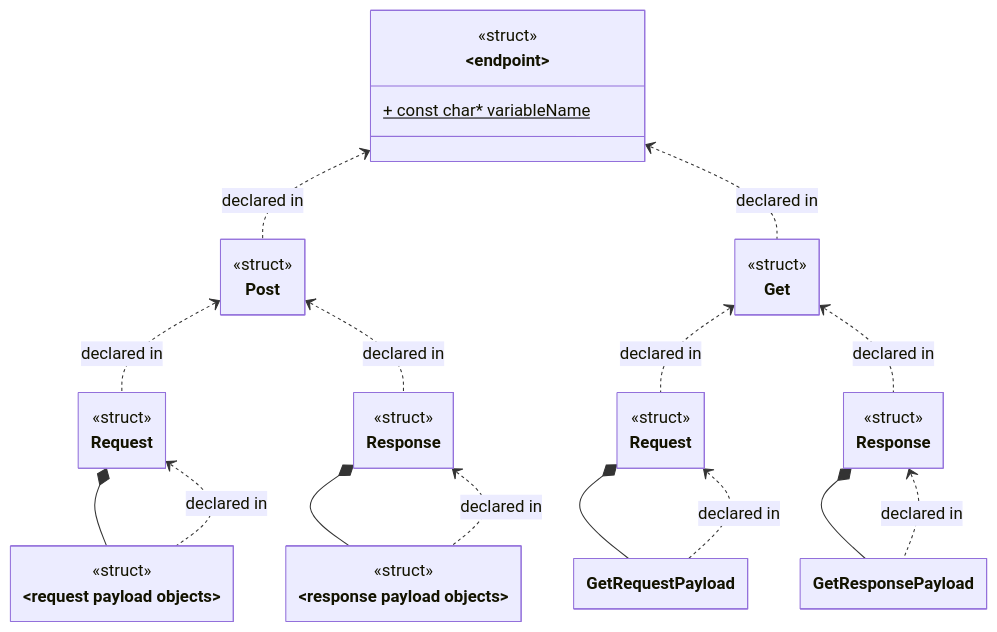
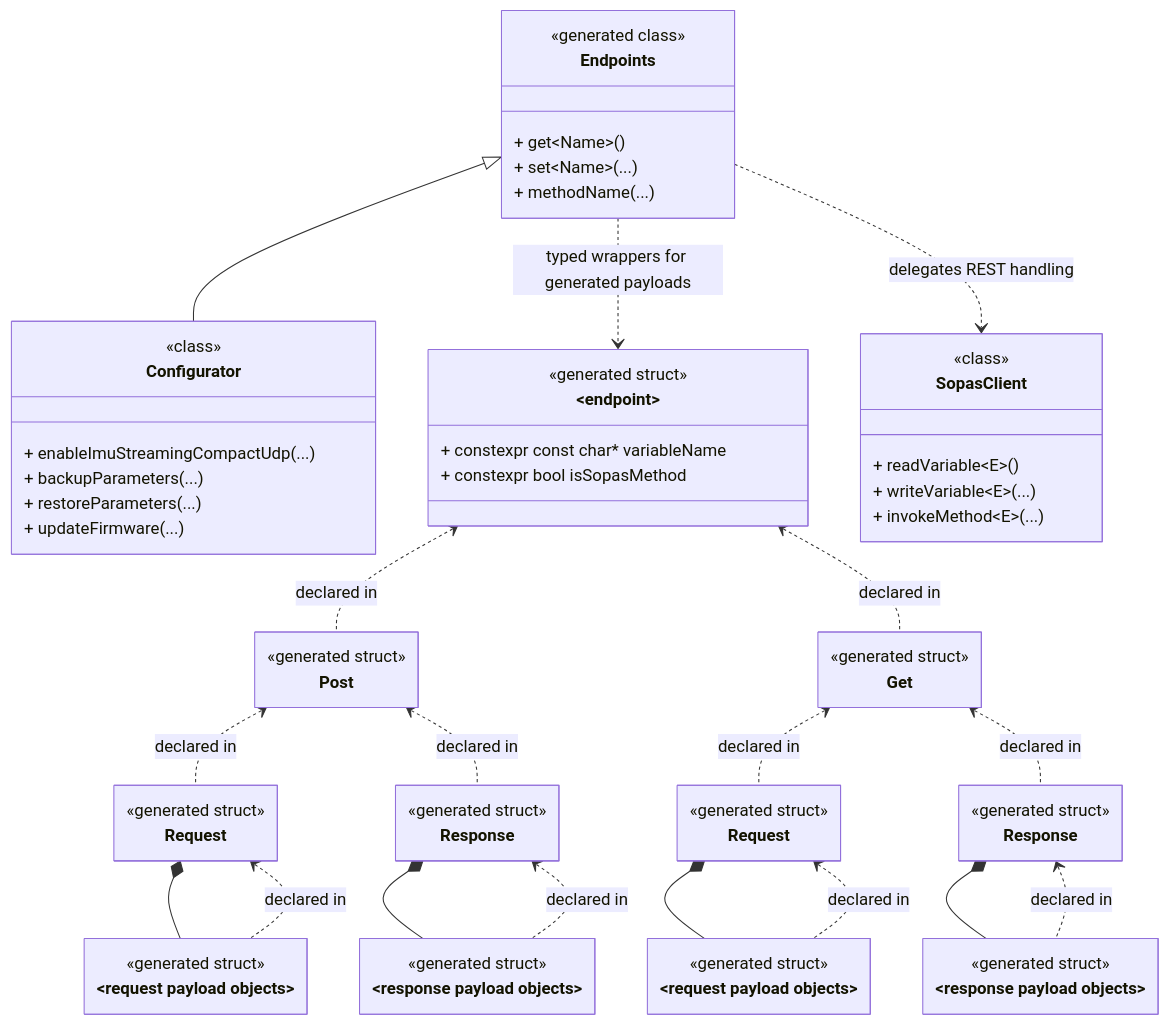
The third of 5 diagrams in README.md (SICKAG/sick_perception_sdk), drawn with Mermaid before and after one commit. The commit also changed other lines of this file and 2865 other files, not shown here.

````diff
--- a/README.md
+++ b/README.md
@@ -691,30 +621,67 @@
     hideEmptyMembersBox: true
 ---
 classDiagram
-  class Endpoint["&lt;endpoint&gt;"] {
-    + const char* variableName$
+  class Configurator {
+    <<class>>
+    + enableImuStreamingCompactUdp(...)
+    + backupParameters(...)
+    + restoreParameters(...)
+    + updateFirmware(...)
   }
 
-  class Post
-  class PostRequest["Request"]
-  class PostRequestPayload["&lt;request payload objects&gt;"]
-  class PostResponse["Response"]
-  class PostResponsePayload["&lt;response payload objects&gt;"]
+  class Endpoint["&lt;endpoint&gt;"] {
+    <<generated struct>>
+    + constexpr const char* variableName
+    + constexpr bool isSopasMethod
+  }
 
-  class Get
-  class GetRequest["Request"]
-  class GetResponse["Response"]
+  class Endpoints {
+    <<generated class>>
+    + get&lt;Name&gt;()
+    + set&lt;Name&gt;(...)
+    + methodName(...)
+  }
 
-  <<struct>> Endpoint
-  <<struct>> Post
-  <<struct>> PostRequest
-  <<struct>> PostRequestPayload
-  <<struct>> PostResponse
-  <<struct>> PostResponsePayload
-  <<struct>> Get
-  <<struct>> GetRequest
-  <<struct>> GetResponse
+  class SopasClient {
+    <<class>>
+    + readVariable&lt;E&gt;()
+    + writeVariable&lt;E&gt;(...)
+    + invokeMethod&lt;E&gt;(...)
+  }
 
+  class Post {
+    <<generated struct>>
+  }
+  class PostRequest["Request"] {
+    <<generated struct>>
+  }
+  class PostRequestPayload["&lt;request payload objects&gt;"] {
+    <<generated struct>>
+  }
+  class PostResponse["Response"] {
+    <<generated struct>>
+  }
+  class PostResponsePayload["&lt;response payload objects&gt;"] {
+    <<generated struct>>
+  }
+
+  class Get {
+    <<generated struct>>
+  }
+  class GetRequest["Request"] {
+    <<generated struct>>
+  }
+  class GetResponse["Response"] {
+    <<generated struct>>
+  }
+  class GetRequestPayload["&lt;request payload objects&gt;"] {
+    <<generated struct>>
+  }
+  class GetResponsePayload["&lt;response payload objects&gt;"]{
+    <<generated struct>>
+  }
+
+  Endpoints <|-- Configurator
   Endpoint <.. Post: declared in
   Post <.. PostRequest: declared in
   PostRequest *-- PostRequestPayload
@@ -730,4 +697,7 @@
   Get <.. GetResponse: declared in
   GetResponse *-- GetResponsePayload
   GetResponse <.. GetResponsePayload: declared in
+
+  Endpoints ..> Endpoint: typed wrappers for generated payloads
+  Endpoints ..> SopasClient: delegates REST handling
 ```
````
